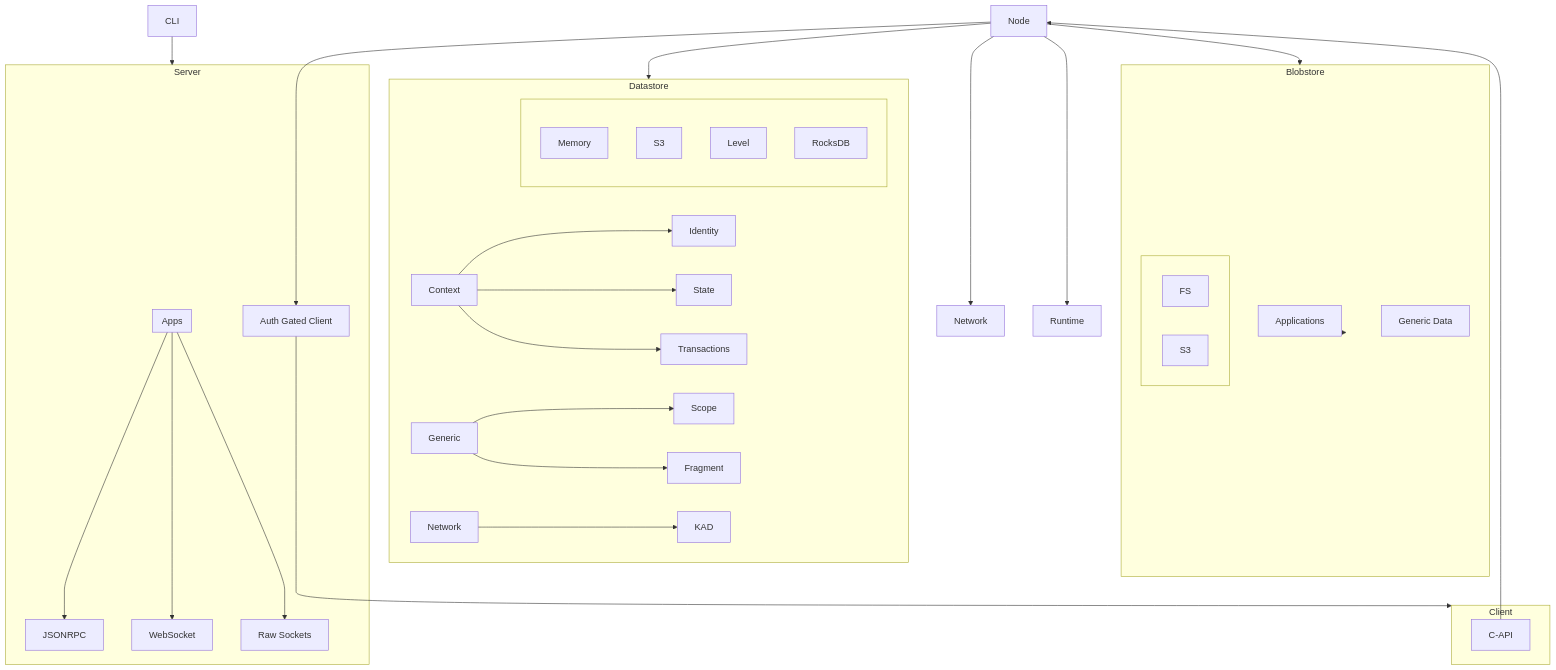
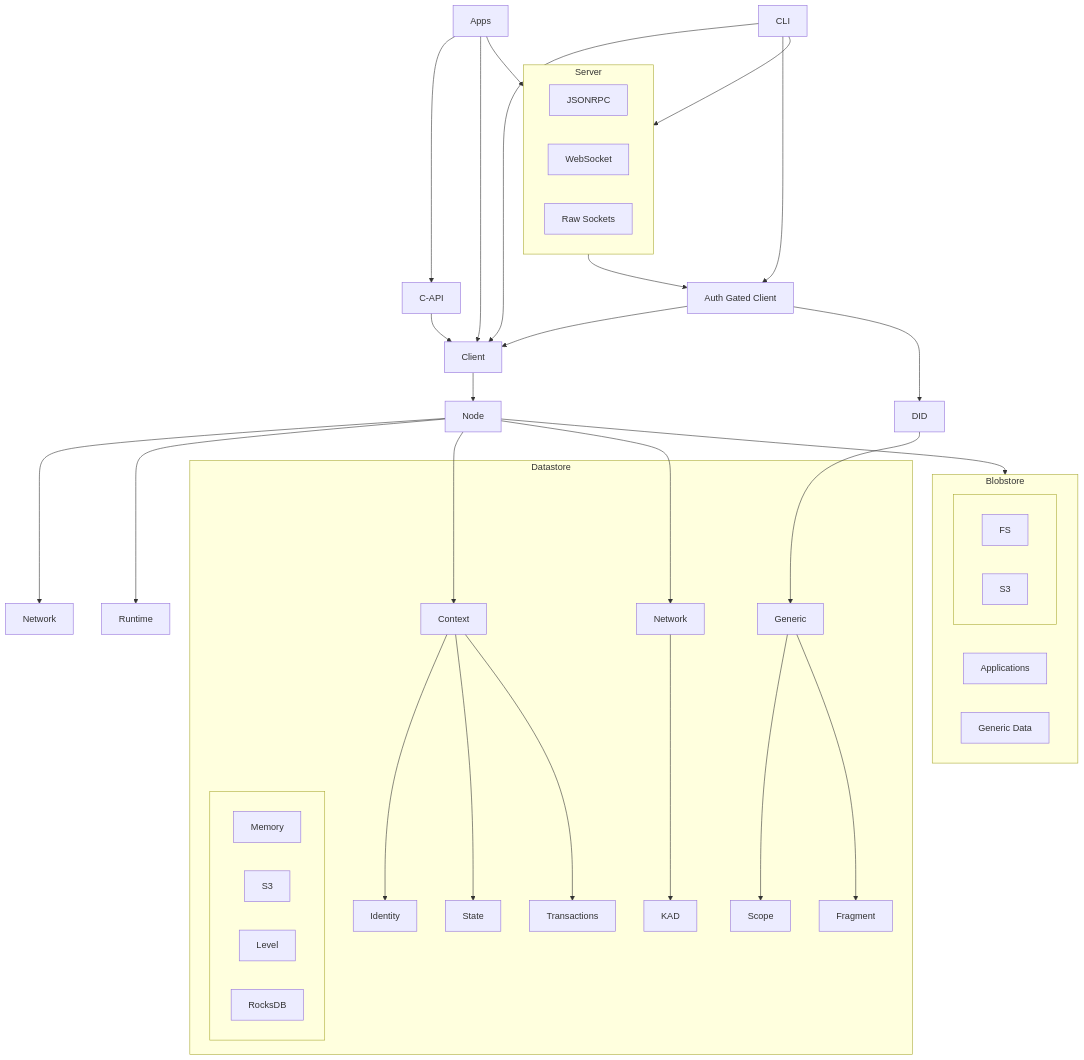
The diagram in README.mdx (calimero-network/core), drawn with Mermaid before and after one commit.

Commit message:
revise mermaid

````diff
--- a/README.mdx
+++ b/README.mdx
@@ -76,62 +76,75 @@
 ```mermaid
 graph TD
 
-    S2[CLI]
+    subgraph Datastore
+        ctx[Context]
+        gen[Generic]
+        net[Network]
+        ctx --> id[Identity]
+        ctx --> st[State]
+        ctx --> tx[Transactions]
+        gen --> sc[Scope]
+        gen --> fr[Fragment]
+        net --> kad[KAD]
 
-    subgraph Datastore
-        DS1[Context]
-        DS2[Generic]
-        DS3[Network]
-        DS1 --> DS4[Identity]
-        DS1 --> DS5[State]
-        DS1 --> DS6[Transactions]
-        DS2 --> DS7[Scope]
-        DS2 --> DS8[Fragment]
-        DS3 --> DS9[KAD]
-
-        subgraph \n\n
-          DI1[Memory]
-          DI2[S3]
-          DI3[Level]
-          DI4[RocksDB]
+        subgraph " "
+            direction LR
+            mem[Memory]
+            s3[S3]
+            lvl[Level]
+            rdb[RocksDB]
         end
     end
 
     subgraph Blobstore
-        BS3[Applications]
-        BS4[Generic Data]
-        subgraph \n
-          BS1[FS]
-          BS2[S3]
-       end
+        apps[Applications]
+        genData[Generic Data]
+        
+        subgraph " "
+            direction LR
+            fs[FS]
+            blobS3[S3]
+        end
     end
-    Blobstore --> BS3
-
-    Node --> Network
-
-    subgraph Client
-        C1[C-API]
+    
+    subgraph Server
+        direction LR
+        jrpc[JSONRPC]
+        ws[WebSocket]
+        raw[Raw Sockets]
     end
 
-    subgraph Server
-        S1[Auth Gated Client]
-        S3[JSONRPC]
-        S4[WebSocket]
-        S5[Raw Sockets]
+    applications[Apps]
+    client[Client]
+    capi[C-API]
+    auth[Auth Gated Client]
+    did[DID]
+    cli[CLI]
+    node[Node]
+    network[Network]
+    runtime[Runtime]
 
-        Apps --> S3
-        Apps --> S4
-        Apps --> S5
-    end
-    S2 --> Server
-    S1 --> Client
-    Node --> Runtime[Runtime]
-    Node --> Datastore
-    Node --> Blobstore
-    C1 --> Node
-    Node --> S1
+    client --> node
 
-    subgraph Apps
-    end
+    applications --> capi
+    applications --> client
+    applications --> Server
 
+    cli --> client
+    cli --> auth
+    cli --> Server
+
+    Server --> auth
+
+    capi --> client
+    
+    auth --> client
+    auth --> did
+    did --> gen
+
+    node --> network
+    node --> runtime
+    node --> ctx
+    node --> net
+    node --> Blobstore
 ```
````
